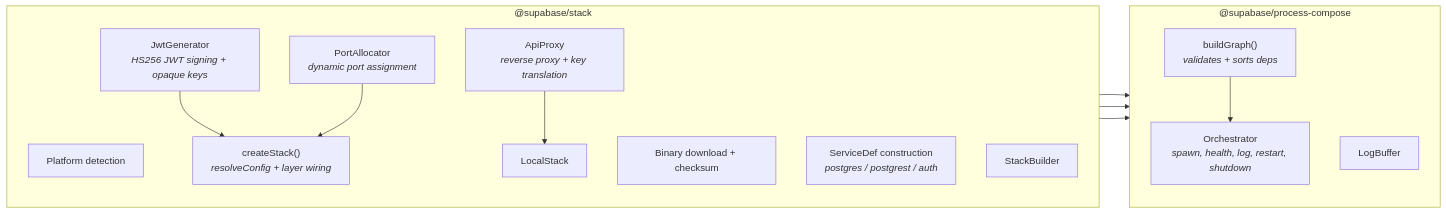
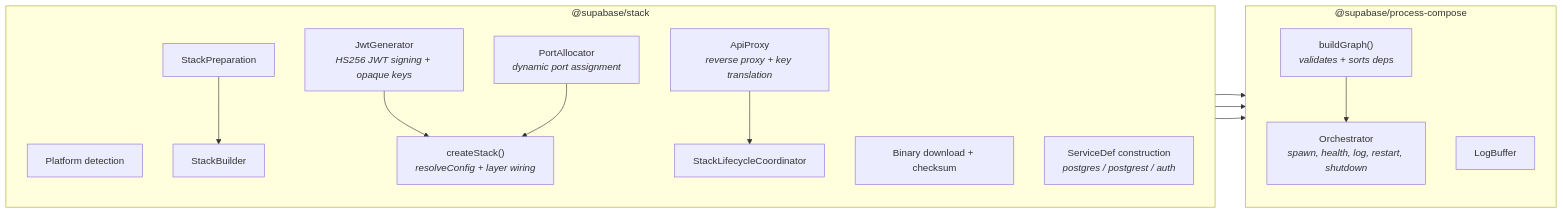
One commit to supabase/cli changed the second of 9 diagrams in packages/stack/docs/architecture.md. Above: the diagram before and after it, drawn with Mermaid. The commit also changed other lines of this file and 139 other files, not shown here.

````diff
--- a/packages/stack/docs/architecture.md
+++ b/packages/stack/docs/architecture.md
@@ -85,30 +87,32 @@
 ```mermaid
 graph LR
     subgraph "@supabase/stack"
         direction TB
         PLAT["Platform detection"]
         BRES["Binary download + checksum"]
         SDEFS["ServiceDef construction<br/><i>postgres / postgrest / auth</i>"]
         JWTGEN["JwtGenerator<br/><i>HS256 JWT signing + opaque keys</i>"]
         PALLOC["PortAllocator<br/><i>dynamic port assignment</i>"]
         PROXY["ApiProxy<br/><i>reverse proxy + key translation</i>"]
+        PREP["StackPreparation"]
         BUILD["StackBuilder"]
-        LSTACK["LocalStack"]
+        COORD["StackLifecycleCoordinator"]
         CSTACK["createStack()<br/><i>resolveConfig + layer wiring</i>"]
     end
 
     subgraph "@supabase/process-compose"
         direction TB
         BGRAPH["buildGraph()<br/><i>validates + sorts deps</i>"]
         ORCH["Orchestrator<br/><i>spawn, health, log, restart, shutdown</i>"]
         LB["LogBuffer"]
     end
 
     SDEFS --> BGRAPH
+    PREP --> BUILD
     BUILD --> BGRAPH
     BGRAPH --> ORCH
     JWTGEN --> CSTACK
     PALLOC --> CSTACK
-    PROXY --> LSTACK
-    LSTACK --> ORCH
+    PROXY --> COORD
+    COORD --> ORCH
 ```
````
